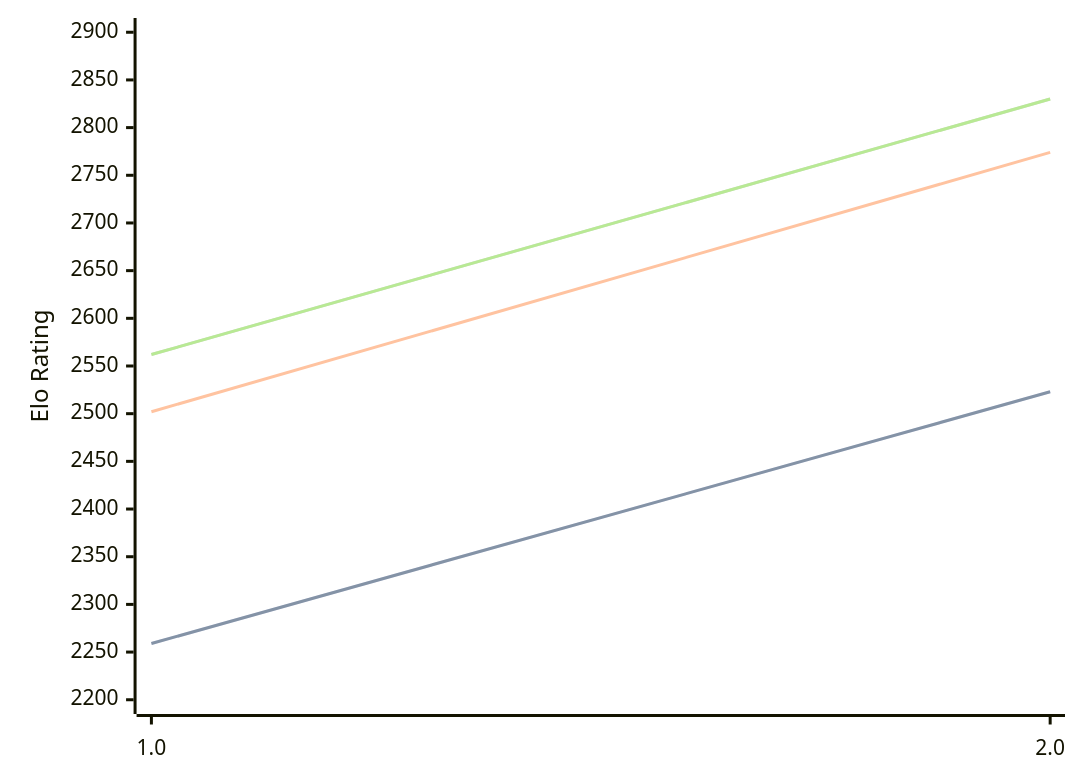
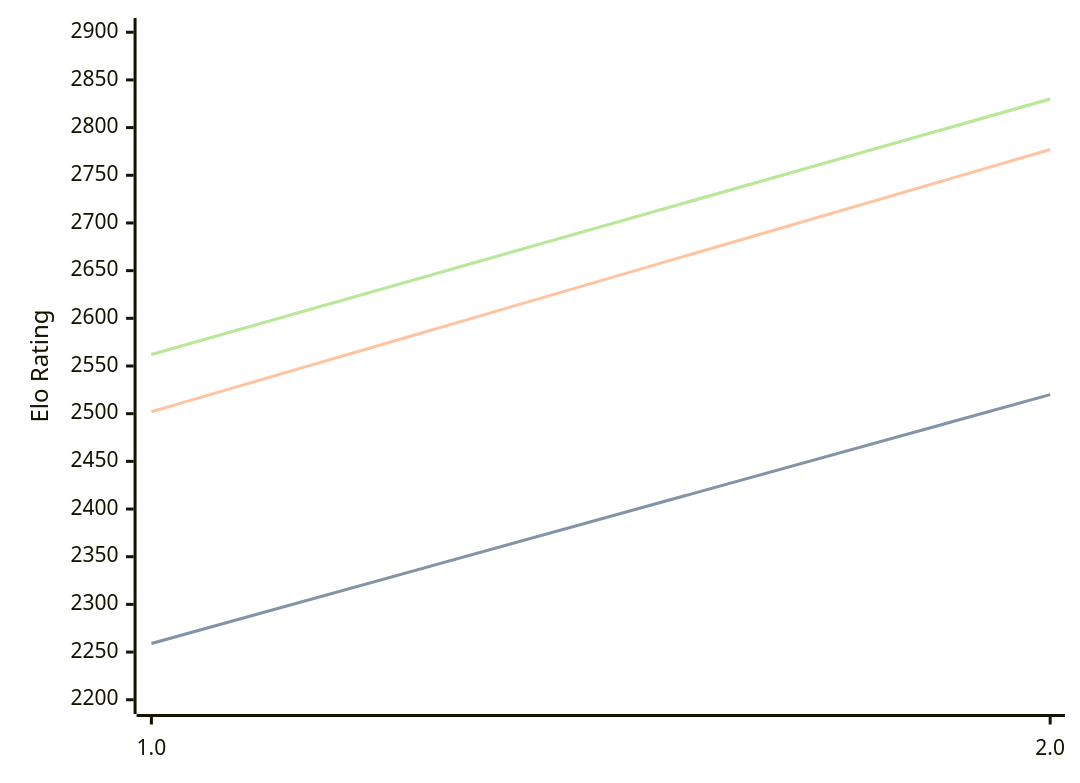
Before and after one commit to computer-chess-index/cci: the diagram in engines/Revolver.md, drawn with Mermaid. The commit also changed other lines of this file, not shown here.

````diff
--- a/engines/Revolver.md
+++ b/engines/Revolver.md
@@ -32,11 +32,11 @@
 ```mermaid
 %%{init: {"theme":"base","themeVariables":{"seriesColors:['#a3a3a3','#222221','#faa371']}}}%%
 xychart-beta
   x-axis ["1.0", "2.0"]
   y-axis "Elo Rating" 2200 --> 2900
-  line "" [2259, 2523]
-  line "STC (8.0+0.08s)" [2259, 2523]
-  line "LTC (60.0+0.60s)" [2502, 2774]
+  line "" [2259, 2520]
+  line "STC (8.0+0.08s)" [2259, 2520]
+  line "LTC (60.0+0.60s)" [2502, 2777]
   line "" [2562, 2830]
   line "VLTC (2m24s+1.12s)" [2562, 2830]
 ```
````
